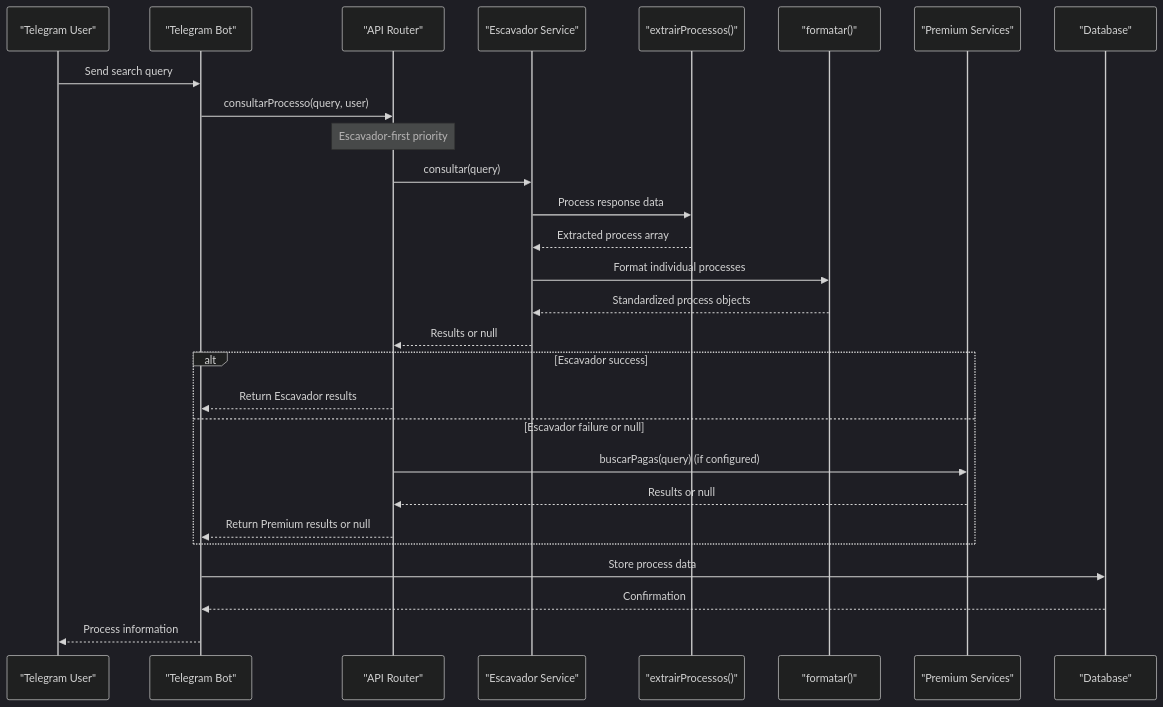
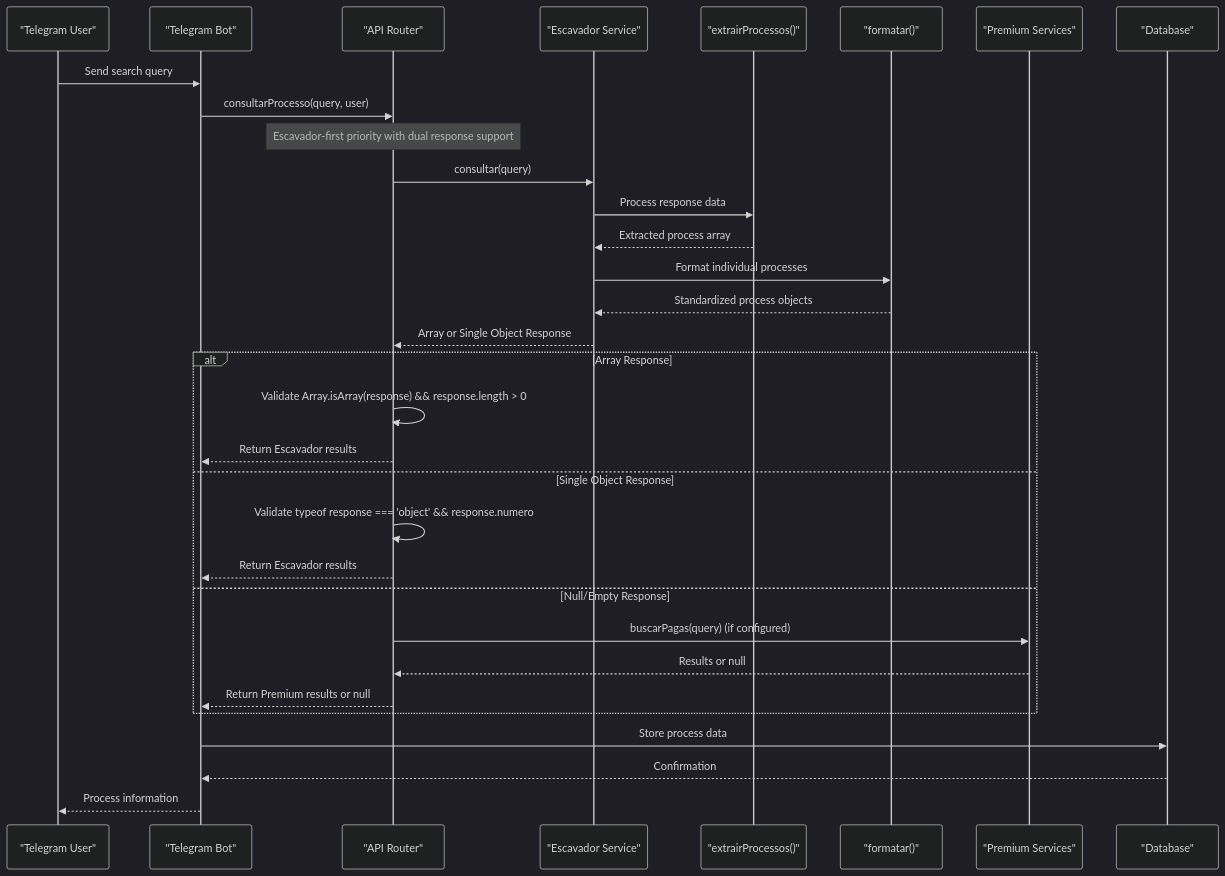
One commit to Alexandrexicara/bot-processos changed the second of 13 diagrams in .qoder/repowiki/en/content/API Integration Layer/API Integration Layer.md. Above: the diagram before and after it, drawn with Mermaid (dark theme). The commit also changed other lines of this file and 5 other files, not shown here.

````diff
--- a/.qoder/repowiki/en/content/API Integration Layer/API Integration Layer.md
+++ b/.qoder/repowiki/en/content/API Integration Layer/API Integration Layer.md
@@ -164,30 +166,34 @@
 ```mermaid
 sequenceDiagram
 participant User as "Telegram User"
 participant Bot as "Telegram Bot"
 participant API as "API Router"
 participant Escavador as "Escavador Service"
 participant Extract as "extrairProcessos()"
 participant Format as "formatar()"
 participant Premium as "Premium Services"
 participant DB as "Database"
 User->>Bot : Send search query
 Bot->>API : consultarProcesso(query, user)
-Note over API : Escavador-first priority
+Note over API : Escavador-first priority with dual response support
 API->>Escavador : consultar(query)
 Escavador->>Extract : Process response data
 Extract-->>Escavador : Extracted process array
 Escavador->>Format : Format individual processes
 Format-->>Escavador : Standardized process objects
-Escavador-->>API : Results or null
-alt Escavador success
+Escavador-->>API : Array or Single Object Response
+alt Array Response
+API->>API : Validate Array.isArray(response) && response.length > 0
 API-->>Bot : Return Escavador results
-else Escavador failure or null
+else Single Object Response
+API->>API : Validate typeof response === 'object' && response.numero
+API-->>Bot : Return Escavador results
+else Null/Empty Response
 API->>Premium : buscarPagas(query) (if configured)
 Premium-->>API : Results or null
 API-->>Bot : Return Premium results or null
 end
 Bot->>DB : Store process data
 DB-->>Bot : Confirmation
 Bot-->>User : Process information
 ```
````
